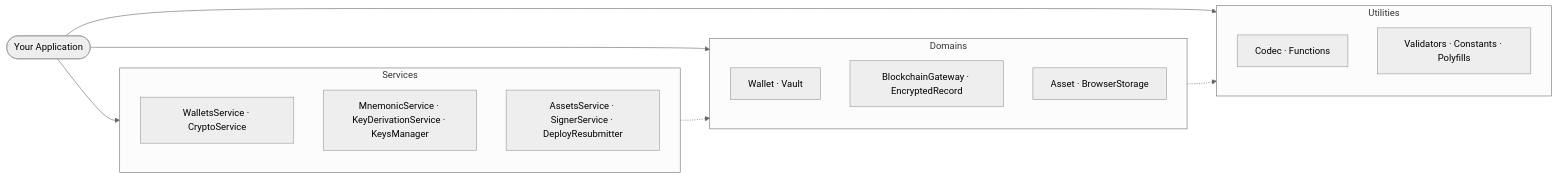
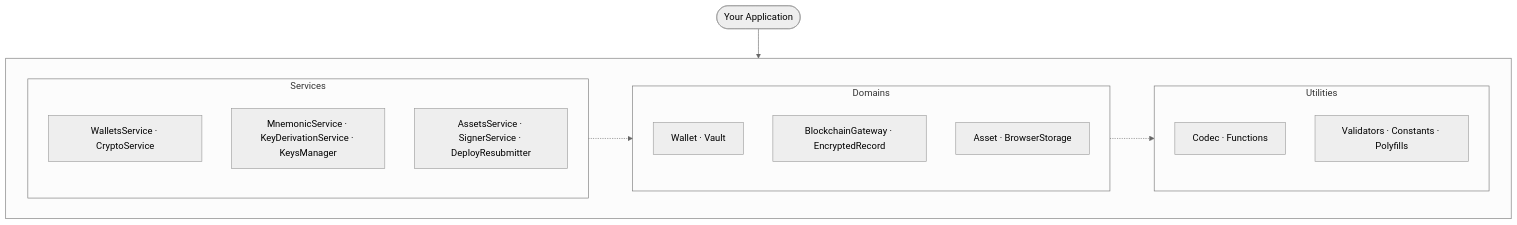
One commit to asi-alliance/asi-chain-docs-portal changed the diagram in wallet-sdk/overview/index.md. Above: the diagram before and after it, drawn with Mermaid.

Commit message:
[AS-571] Fix Module Architecture — nested subgraphs for side-by-side layout

````diff
--- a/wallet-sdk/overview/index.md
+++ b/wallet-sdk/overview/index.md
@@ -86,31 +86,32 @@
 ```mermaid
 %%{init: {'theme': 'neutral', 'themeVariables': {'fontSize': '16px', 'fontFamily': 'Roboto Mono, monospace'}}}%%
-flowchart LR
+flowchart TB
     A(["Your Application"])
+    A --> Layers
 
-    A --> S
-    A --> D
-    A --> U
+    subgraph Layers[" "]
+        direction LR
 
-    subgraph S["Services"]
-        direction TB
-        s1["WalletsService · CryptoService"]
-        s2["MnemonicService · KeyDerivationService · KeysManager"]
-        s3["AssetsService · SignerService · DeployResubmitter"]
+        subgraph S["Services"]
+            direction TB
+            s1["WalletsService · CryptoService"]
+            s2["MnemonicService · KeyDerivationService · KeysManager"]
+            s3["AssetsService · SignerService · DeployResubmitter"]
+        end
+
+        subgraph D["Domains"]
+            direction TB
+            d1["Wallet · Vault"]
+            d2["BlockchainGateway · EncryptedRecord"]
+            d3["Asset · BrowserStorage"]
+        end
+
+        subgraph U["Utilities"]
+            direction TB
+            u1["Codec · Functions"]
+            u2["Validators · Constants · Polyfills"]
+        end
+
+        S -.-> D -.-> U
     end
-
-    subgraph D["Domains"]
-        direction TB
-        d1["Wallet · Vault"]
-        d2["BlockchainGateway · EncryptedRecord"]
-        d3["Asset · BrowserStorage"]
-    end
-
-    subgraph U["Utilities"]
-        direction TB
-        u1["Codec · Functions"]
-        u2["Validators · Constants · Polyfills"]
-    end
-
-    S -.-> D -.-> U
 ```
````
